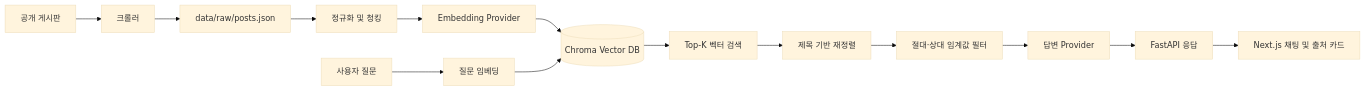
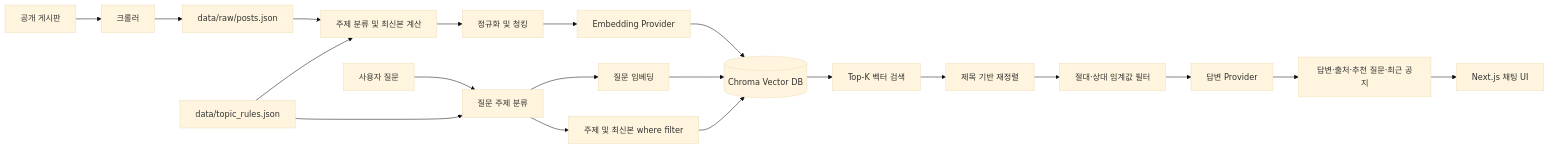
One commit to SeongHuni/Kumoh_SE_Mentoring_Bot changed the diagram in docs/rag/overview.md. Above: the diagram before and after it, drawn with Mermaid (base theme). The commit also changed other lines of this file and 6 other files, not shown here.

````diff
--- a/docs/rag/overview.md
+++ b/docs/rag/overview.md
@@ -19,16 +19,22 @@
 ```mermaid
 flowchart LR
     A[공개 게시판] --> B[크롤러]
     B --> C[data/raw/posts.json]
-    C --> D[정규화 및 청킹]
+    C --> TC[주제 분류 및 최신본 계산]
+    TR[data/topic_rules.json] --> TC
+    TC --> D[정규화 및 청킹]
     D --> E[Embedding Provider]
     E --> F[(Chroma Vector DB)]
-    Q[사용자 질문] --> QE[질문 임베딩]
+    Q[사용자 질문] --> QT[질문 주제 분류]
+    TR --> QT
+    QT --> QE[질문 임베딩]
     QE --> F
+    QT --> WF[주제 및 최신본 where filter]
+    WF --> F
     F --> R[Top-K 벡터 검색]
     R --> RR[제목 기반 재정렬]
     RR --> T[절대·상대 임계값 필터]
     T --> G[답변 Provider]
-    G --> API[FastAPI 응답]
-    API --> UI[Next.js 채팅 및 출처 카드]
+    G --> API[답변·출처·추천 질문·최근 공지]
+    API --> UI[Next.js 채팅 UI]
 ```
````
